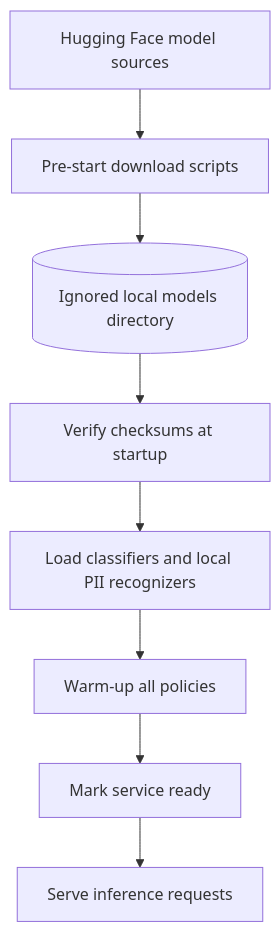
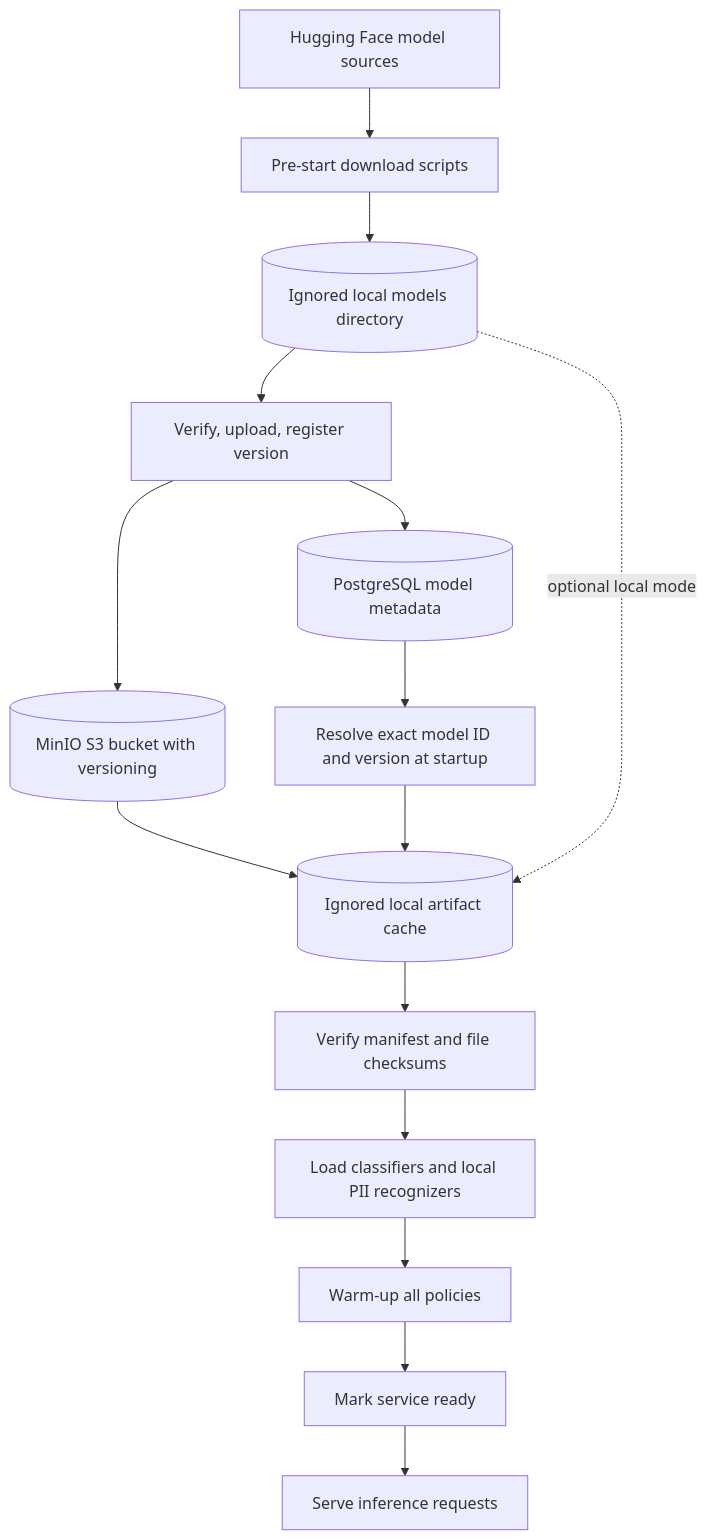
The diagram in docs/architecture/model-serving.md (amanpratapsingh54/guardrail-mini), drawn with Mermaid before and after one commit. The commit also changed other lines of this file and 18 other files, not shown here.

Commit message:
Add MinIO model artifact registry

````diff
--- a/docs/architecture/model-serving.md
+++ b/docs/architecture/model-serving.md
@@ -7,10 +7,17 @@
 ```mermaid
 flowchart TD
     HF[Hugging Face model sources] --> Download[Pre-start download scripts]
     Download --> Local[(Ignored local models directory)]
-    Local --> Checksum[Verify checksums at startup]
+    Local --> Upload[Verify, upload, register version]
+    Upload --> S3[(MinIO S3 bucket with versioning)]
+    Upload --> DB[(PostgreSQL model metadata)]
+    DB --> Resolve[Resolve exact model ID and version at startup]
+    S3 --> Cache[(Ignored local artifact cache)]
+    Resolve --> Cache
+    Local -. optional local mode .-> Cache
+    Cache --> Checksum[Verify manifest and file checksums]
     Checksum --> Load[Load classifiers and local PII recognizers]
     Load --> Warmup[Warm-up all policies]
     Warmup --> Ready[Mark service ready]
     Ready --> Requests[Serve inference requests]
 ```
````
